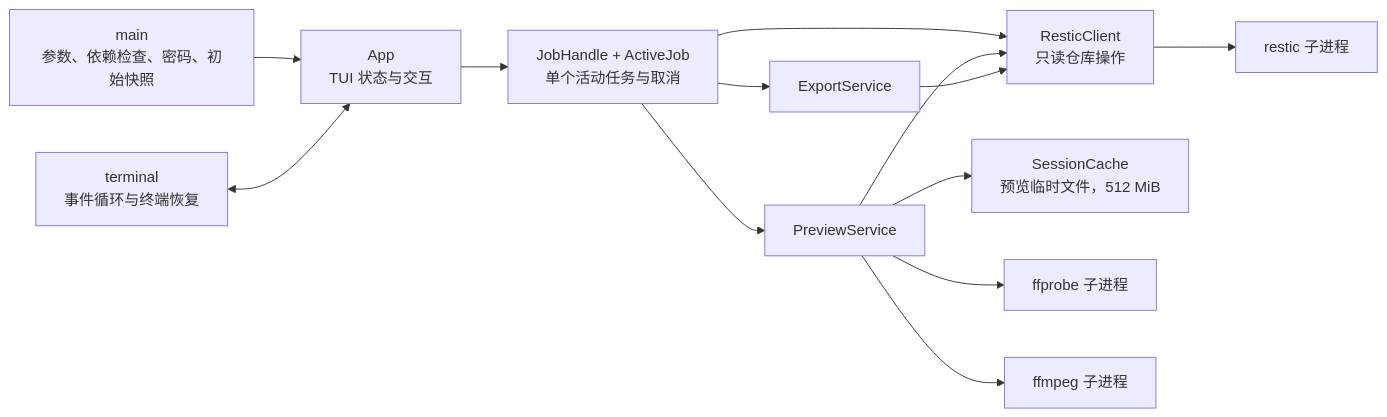
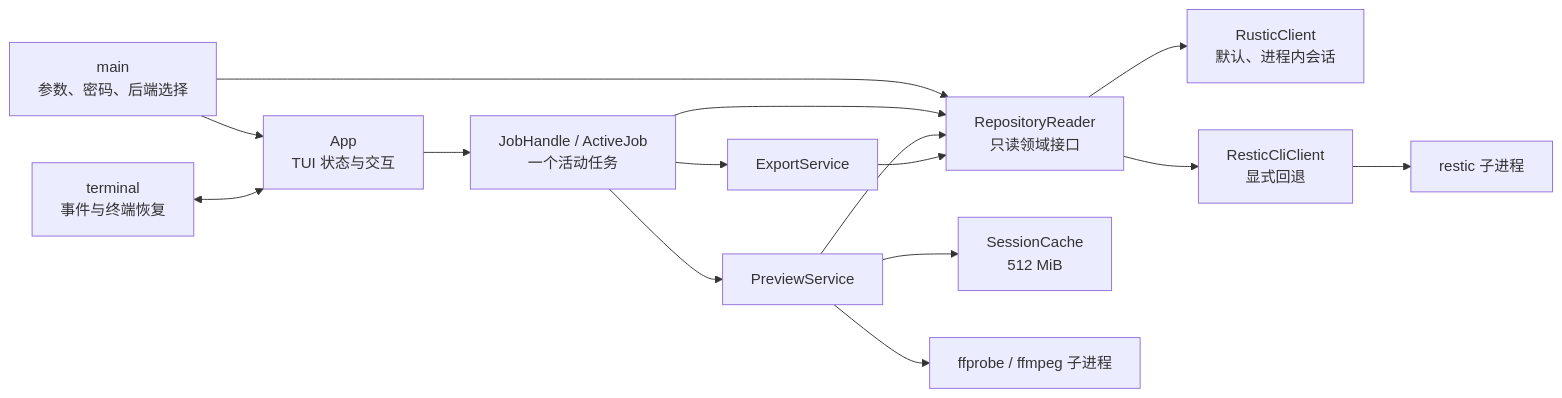
The diagram in docs/architecture.md (hu-ximing/restic-browser), drawn with Mermaid before and after one commit. The commit also changed other lines of this file and 16 other files, not shown here.

Commit message:
feat: use rustic_core as default repo backend

````diff
--- a/docs/architecture.md
+++ b/docs/architecture.md
@@ -10,15 +10,17 @@
 ```mermaid
 flowchart LR
-    Main["main<br/>参数、依赖检查、密码、初始快照"] --> App["App<br/>TUI 状态与交互"]
-    Terminal["terminal<br/>事件循环与终端恢复"] <--> App
-    App --> Jobs["JobHandle + ActiveJob<br/>单个活动任务与取消"]
-    Jobs --> Restic["ResticClient<br/>只读仓库操作"]
+    Main["main<br/>参数、密码、后端选择"] --> Repo["RepositoryReader<br/>只读领域接口"]
+    Repo --> Rustic["RusticClient<br/>默认、进程内会话"]
+    Repo --> CLI["ResticCliClient<br/>显式回退"]
+    Main --> App["App<br/>TUI 状态与交互"]
+    Terminal["terminal<br/>事件与终端恢复"] <--> App
+    App --> Jobs["JobHandle / ActiveJob<br/>一个活动任务"]
+    Jobs --> Repo
     Jobs --> Preview["PreviewService"]
     Jobs --> Export["ExportService"]
-    Preview --> Restic
-    Export --> Restic
-    Preview --> Cache["SessionCache<br/>预览临时文件，512 MiB"]
-    Restic --> ResticExe["restic 子进程"]
-    Preview --> Probe["ffprobe 子进程"]
-    Preview --> Ffmpeg["ffmpeg 子进程"]
+    Preview --> Repo
+    Export --> Repo
+    Preview --> Cache["SessionCache<br/>512 MiB"]
+    CLI --> ResticExe["restic 子进程"]
+    Preview --> Media["ffprobe / ffmpeg 子进程"]
 ```
````
